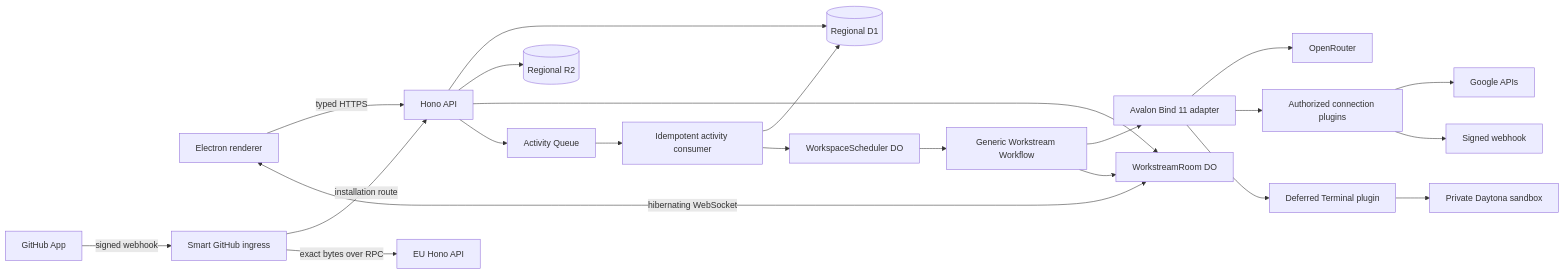
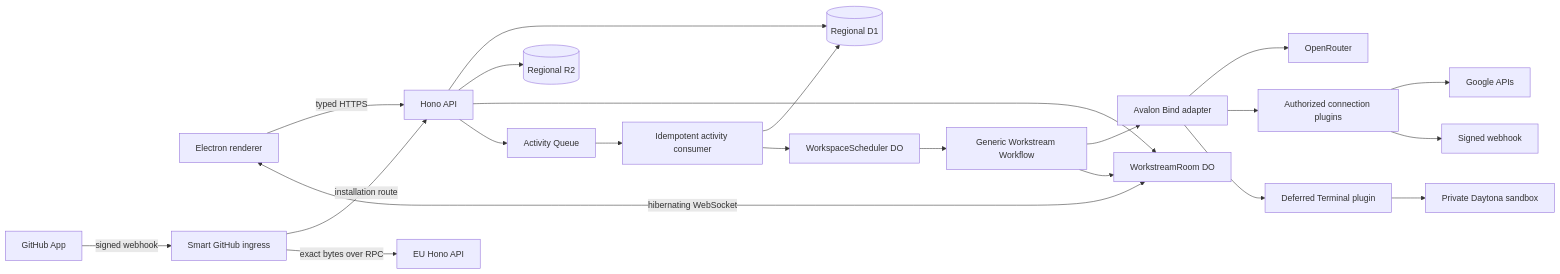
The diagram in docs/architecture.md (juno-ai-labs/avalon), drawn with Mermaid before and after one commit. The commit also changed other lines of this file and 5 other files, not shown here.

````diff
--- a/docs/architecture.md
+++ b/docs/architecture.md
@@ -77,24 +77,24 @@
 ```mermaid
 flowchart LR
   E["Electron renderer"] -->|"typed HTTPS"| H["Hono API"]
   E <-->|"hibernating WebSocket"| R["WorkstreamRoom DO"]
   H --> D[("Regional D1")]
   H --> B[("Regional R2")]
   H --> R
   H --> Q["Activity Queue"]
   GH["GitHub App"] -->|"signed webhook"| GI["Smart GitHub ingress"]
   GI -->|"installation route"| H
   GI -->|"exact bytes over RPC"| EH["EU Hono API"]
   Q --> C["Idempotent activity consumer"]
   C --> D
   C --> S["WorkspaceScheduler DO"]
   S --> W["Generic Workstream Workflow"]
-  W --> A["Avalon Bind 11 adapter"]
+  W --> A["Avalon Bind adapter"]
   A --> O["OpenRouter"]
   A --> T["Authorized connection plugins"]
   A --> X["Deferred Terminal plugin"]
   X --> DT["Private Daytona sandbox"]
   W --> R
   T --> G["Google APIs"]
   T --> M["Signed webhook"]
 ```
````
